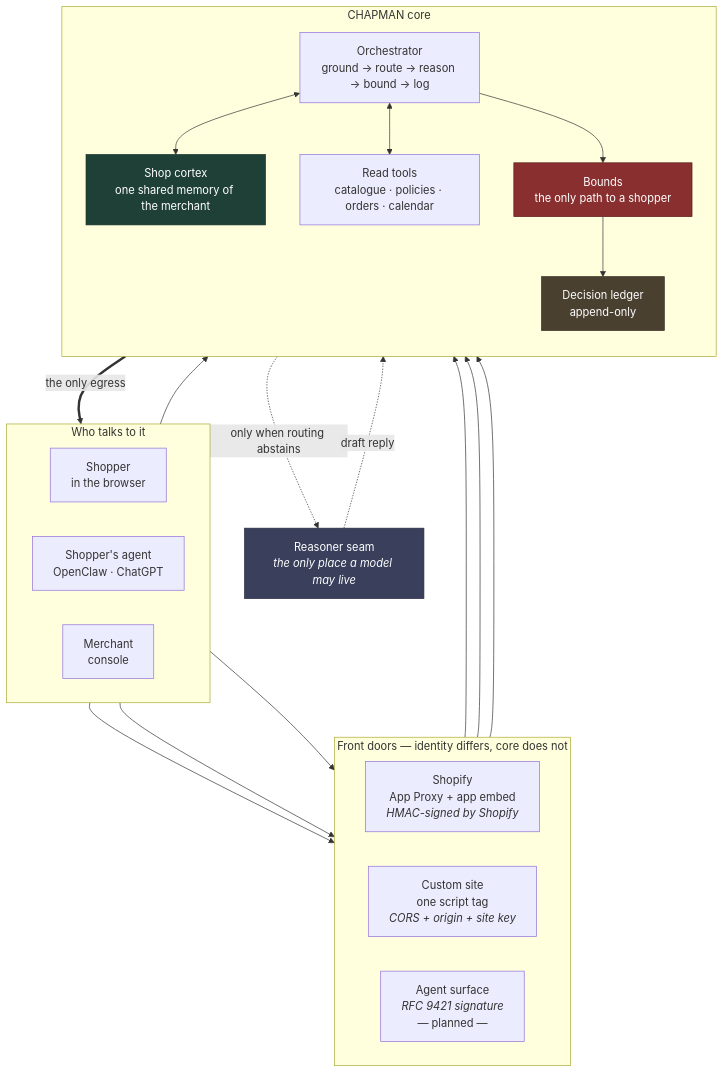
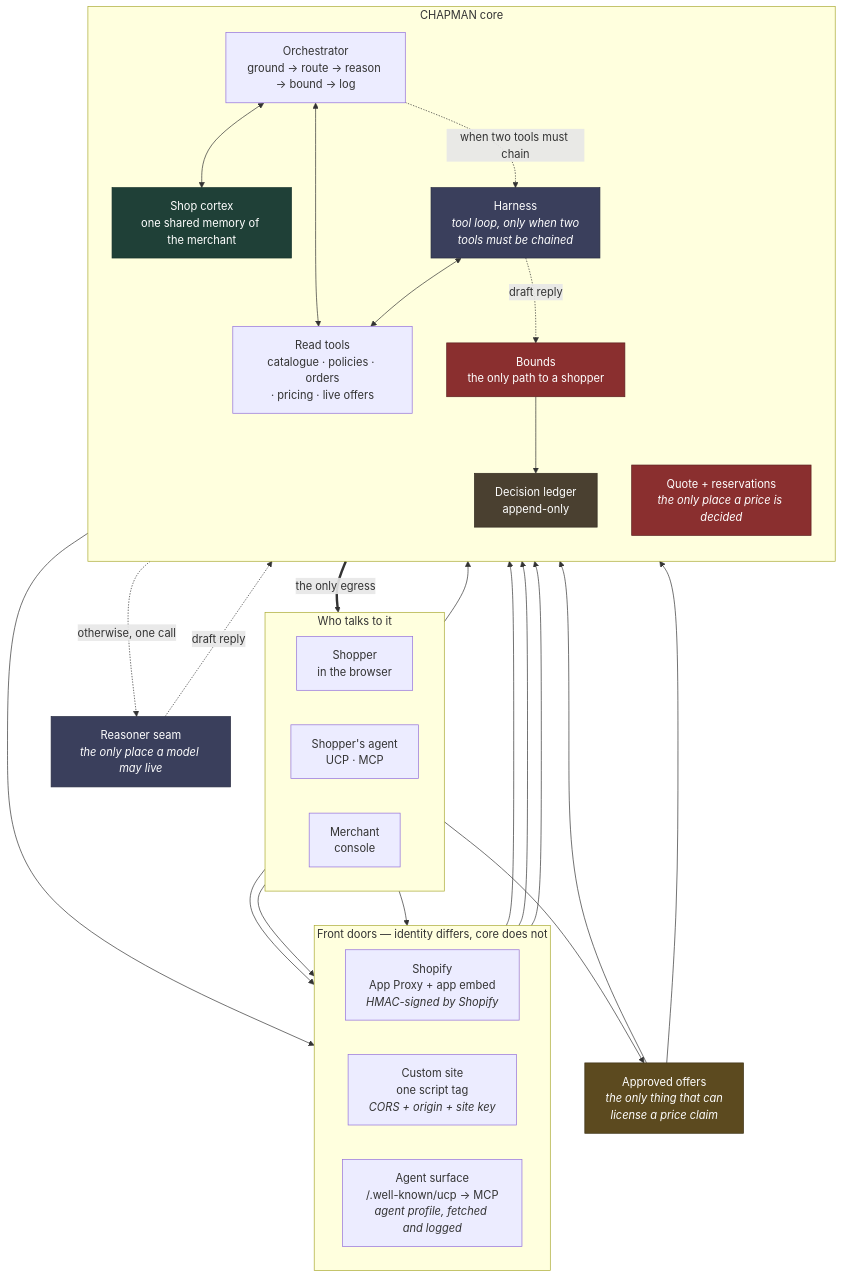
The first of 5 diagrams in README.md (supersanchayrx/RazorPay-Buildathon), drawn with Mermaid before and after one commit. The commit also changed other lines of this file and 126 other files, not shown here.

````diff
--- a/README.md
+++ b/README.md
@@ -28,44 +34,55 @@
 ```mermaid
 flowchart TB
     subgraph clients ["Who talks to it"]
         direction LR
         H["Shopper<br/>in the browser"]
-        A["Shopper's agent<br/>OpenClaw · ChatGPT"]
+        A["Shopper's agent<br/>UCP · MCP"]
         M["Merchant<br/>console"]
     end
 
     subgraph doors ["Front doors — identity differs, core does not"]
         direction LR
         SH["Shopify<br/>App Proxy + app embed<br/><i>HMAC-signed by Shopify</i>"]
         CU["Custom site<br/>one script tag<br/><i>CORS + origin + site key</i>"]
-        AG["Agent surface<br/><i>RFC 9421 signature</i><br/>— planned —"]
+        AG["Agent surface<br/>/.well-known/ucp → MCP<br/><i>agent profile, fetched and logged</i>"]
     end
 
     subgraph core ["CHAPMAN core"]
         direction TB
         CX["Shop cortex<br/>one shared memory of the merchant"]
         OR["Orchestrator<br/>ground → route → reason → bound → log"]
-        TL["Read tools<br/>catalogue · policies · orders · calendar"]
+        HN["Harness<br/><i>tool loop, only when two<br/>tools must be chained</i>"]
+        TL["Read tools<br/>catalogue · policies · orders<br/>· pricing · live offers"]
+        QT["Quote + reservations<br/><i>the only place a price is decided</i>"]
         BD["Bounds<br/>the only path to a shopper"]
         LG["Decision ledger<br/>append-only"]
     end
 
     R["Reasoner seam<br/><i>the only place a model may live</i>"]
+    AP["Approved offers<br/><i>the only thing that can<br/>license a price claim</i>"]
 
     H --> SH & CU
     A --> AG
-    M --> CX
-    SH & CU & AG --> OR
+    M --> CX & AP
+    SH & CU --> OR
+    AG --> QT
     OR <--> TL
     OR <--> CX
-    OR -.->|"only when routing abstains"| R
-    R -.->|draft reply| BD
-    OR --> BD
+    OR -.->|"when two tools must chain"| HN
+    HN <--> TL
+    OR -.->|"otherwise, one call"| R
+    HN & R -.->|draft reply| BD
+    AP --> BD
+    AP --> QT
+    QT --> AG
     BD --> LG
     BD ==>|"the only egress"| H
 
     style BD fill:#8a2f2f,stroke:#5c1f1f,color:#fff
+    style QT fill:#8a2f2f,stroke:#5c1f1f,color:#fff
     style CX fill:#1f4037,stroke:#143029,color:#fff
     style R fill:#3a3f5c,stroke:#272b40,color:#fff
+    style HN fill:#3a3f5c,stroke:#272b40,color:#fff
+    style AP fill:#5c4a1f,stroke:#3d3115,color:#fff
     style LG fill:#4a4030,stroke:#332c21,color:#fff
 ```
````
